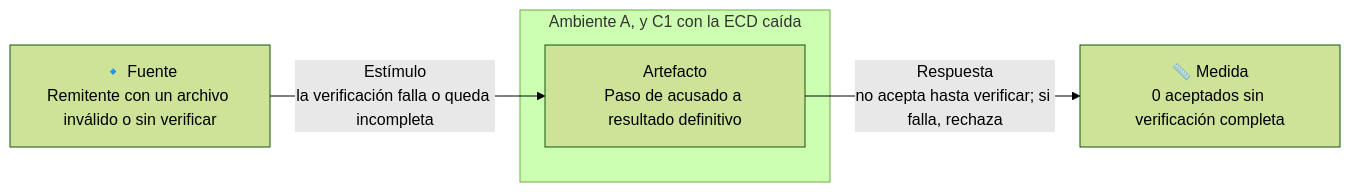
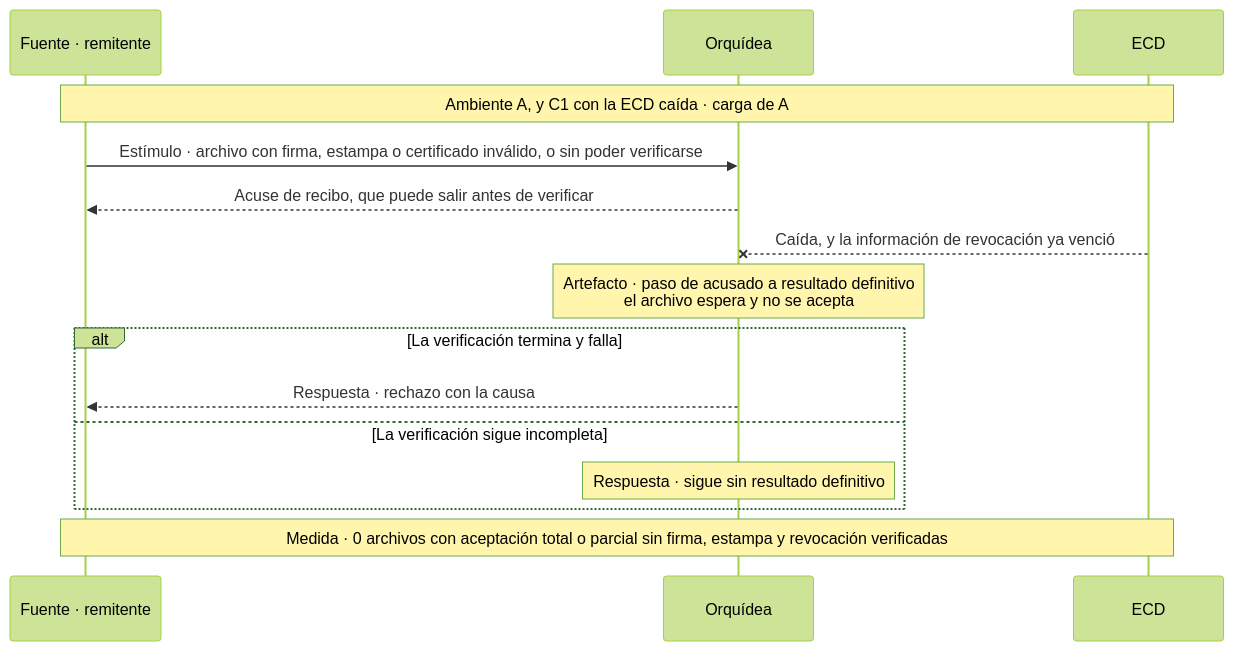
One commit to MATI-MBIT/arqsoft-reto-4 changed the third of 17 diagrams in docs/quality-attributes.md. Above: the diagram before and after it, drawn with Mermaid (forest theme). The commit also changed other lines of this file, not shown here.

Commit message:
Cambia los diagramas de los ASR por diagramas de secuencia con t0, t1 y la medida

````diff
--- a/docs/quality-attributes.md
+++ b/docs/quality-attributes.md
@@ -196,9 +212,17 @@
 ```mermaid
-flowchart LR
-    F["🔹 Fuente<br/>Remitente con un archivo inválido o sin verificar"]
-    F -- "Estímulo<br/>la verificación falla o queda incompleta" --> A
-    subgraph AMB["Ambiente A, y C1 con la ECD caída"]
-        A["Artefacto<br/>Paso de acusado a resultado definitivo"]
+sequenceDiagram
+    participant R as Fuente · remitente
+    participant O as Orquídea
+    participant E as ECD
+    Note over R,E: Ambiente A, y C1 con la ECD caída · carga de A
+    R->>O: Estímulo · archivo con firma, estampa o certificado inválido, o sin poder verificarse
+    O-->>R: Acuse de recibo, que puede salir antes de verificar
+    E--xO: Caída, y la información de revocación ya venció
+    Note over O: Artefacto · paso de acusado a resultado definitivo<br/>el archivo espera y no se acepta
+    alt La verificación termina y falla
+        O-->>R: Respuesta · rechazo con la causa
+    else La verificación sigue incompleta
+        Note over O: Respuesta · sigue sin resultado definitivo
     end
-    A -- "Respuesta<br/>no acepta hasta verificar; si falla, rechaza" --> M["📏 Medida<br/>0 aceptados sin verificación completa"]
+    Note over R,E: Medida · 0 archivos con aceptación total o parcial sin firma, estampa y revocación verificadas
 ```
````
